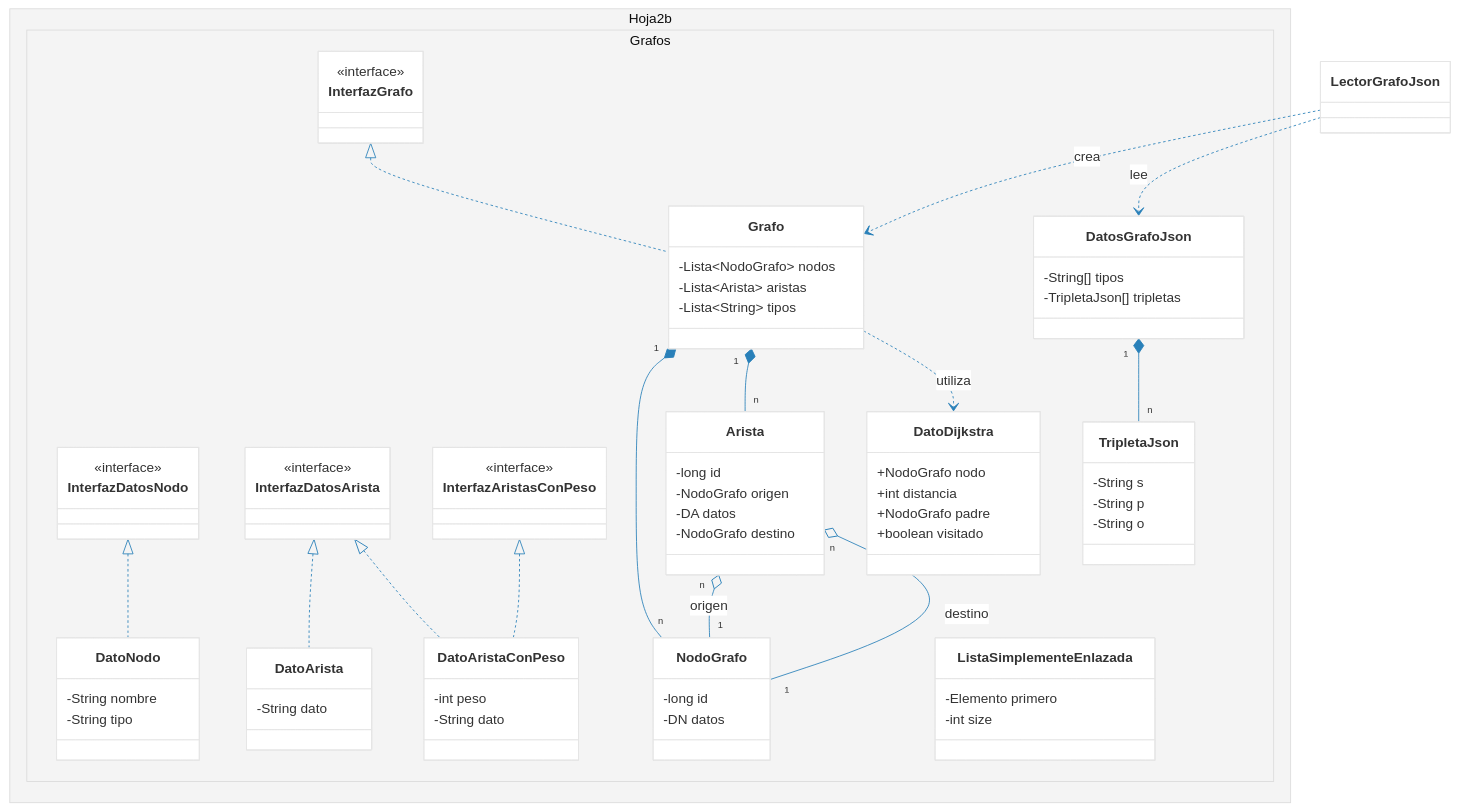
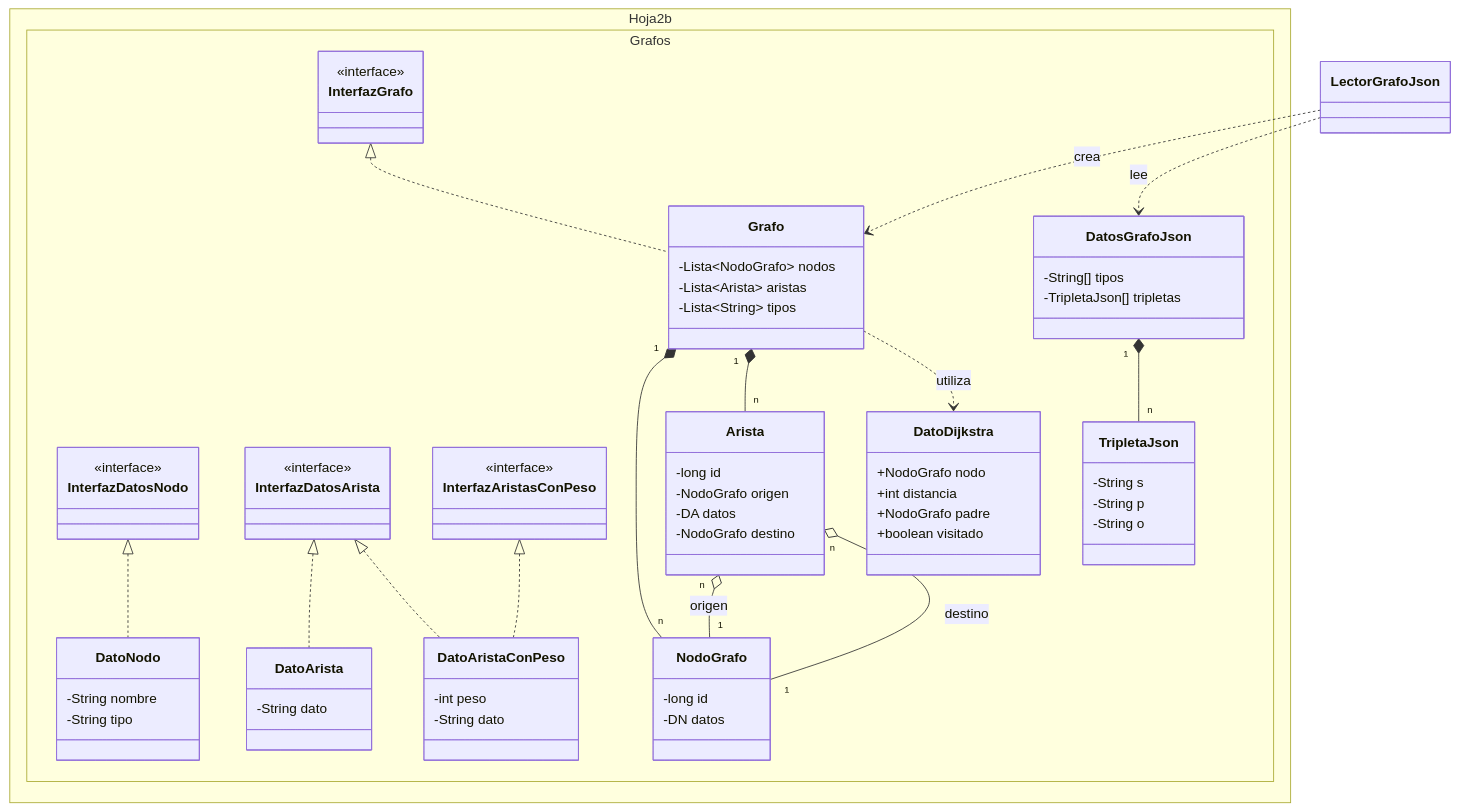
Before and after one commit to Marinakis14/Estructuras-De-Datos-Practica2: the second of 2 diagrams in README.md, drawn with Mermaid.

Commit message:
Otro ligero cambio al diagrama del README.md

````diff
--- a/README.md
+++ b/README.md
@@ -74,7 +72,7 @@
 ```mermaid
-%%{init: {'theme': 'base', 'themeVariables': { 'primaryColor': '#ffffff', 'edgeColor': '#27ae60', 'lineColor': '#2980b9', 'tertiaryColor': '#f4f4f4'}}}%%
 classDiagram
 direction TB
+
     %% GRAFO
 
     %% Relaciones de Herencia e Interfaz
@@ -147,11 +145,6 @@
             -String p
             -String o
         }
-    
-        class ListaSimplementeEnlazada {
-            -Elemento primero
-            -int size
-        }
     }
 
     %% Relaciones Estructurales
````
